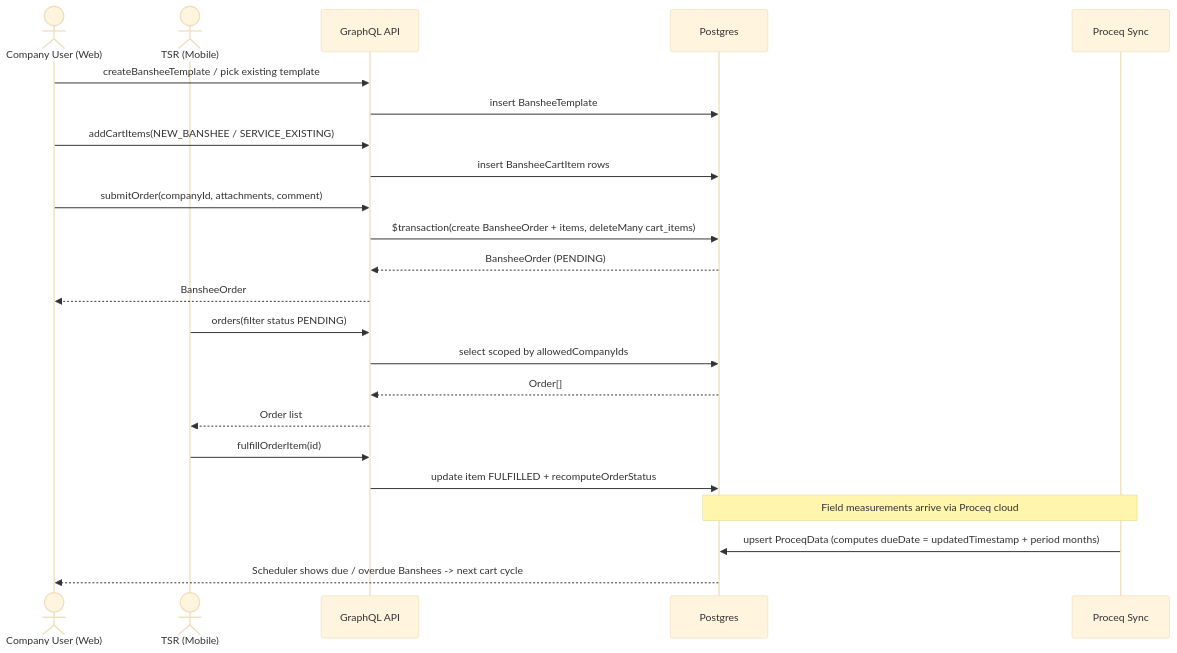
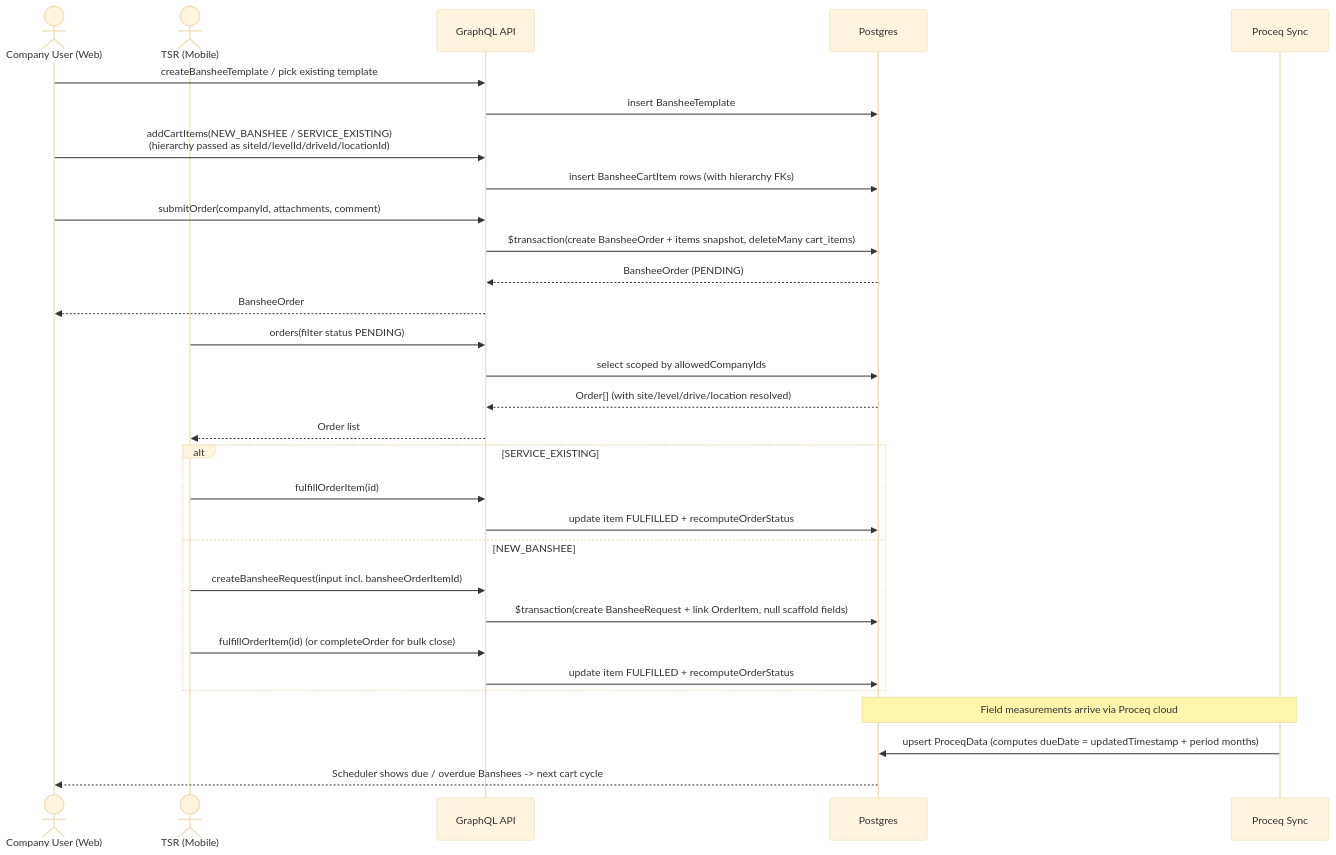
Diagram 21 of 21 in docs/techinal-design-document.md (omikking/iot-device), drawn with Mermaid (base theme) before and after one commit. The commit also changed other lines of this file and 12 other files, not shown here.

````diff
--- a/docs/techinal-design-document.md
+++ b/docs/techinal-design-document.md
@@ -1466,26 +1535,33 @@
 ```mermaid
 sequenceDiagram
     actor U as Company User (Web)
     actor T as TSR (Mobile)
     participant API as GraphQL API
     participant DB as Postgres
     participant PR as Proceq Sync
 
     U->>API: createBansheeTemplate / pick existing template
     API->>DB: insert BansheeTemplate
-    U->>API: addCartItems(NEW_BANSHEE / SERVICE_EXISTING)
-    API->>DB: insert BansheeCartItem rows
+    U->>API: addCartItems(NEW_BANSHEE / SERVICE_EXISTING)<br/>(hierarchy passed as siteId/levelId/driveId/locationId)
+    API->>DB: insert BansheeCartItem rows (with hierarchy FKs)
     U->>API: submitOrder(companyId, attachments, comment)
-    API->>DB: $transaction(create BansheeOrder + items, deleteMany cart_items)
+    API->>DB: $transaction(create BansheeOrder + items snapshot, deleteMany cart_items)
     DB-->>API: BansheeOrder (PENDING)
     API-->>U: BansheeOrder
     T->>API: orders(filter status PENDING)
     API->>DB: select scoped by allowedCompanyIds
-    DB-->>API: Order[]
+    DB-->>API: Order[] (with site/level/drive/location resolved)
     API-->>T: Order list
-    T->>API: fulfillOrderItem(id)
-    API->>DB: update item FULFILLED + recomputeOrderStatus
+    alt SERVICE_EXISTING
+        T->>API: fulfillOrderItem(id)
+        API->>DB: update item FULFILLED + recomputeOrderStatus
+    else NEW_BANSHEE
+        T->>API: createBansheeRequest(input incl. bansheeOrderItemId)
+        API->>DB: $transaction(create BansheeRequest + link OrderItem, null scaffold fields)
+        T->>API: fulfillOrderItem(id) (or completeOrder for bulk close)
+        API->>DB: update item FULFILLED + recomputeOrderStatus
+    end
     Note over PR,DB: Field measurements arrive via Proceq cloud
     PR->>DB: upsert ProceqData (computes dueDate = updatedTimestamp + period months)
     DB-->>U: Scheduler shows due / overdue Banshees -> next cart cycle
 ```
````
